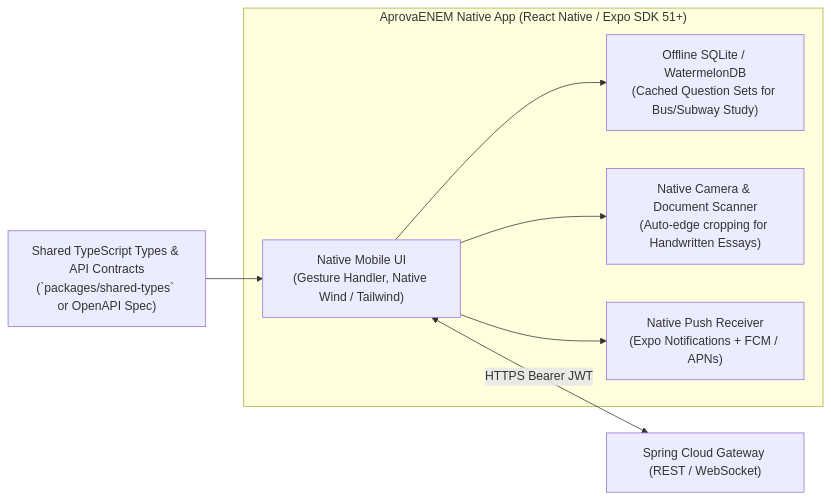
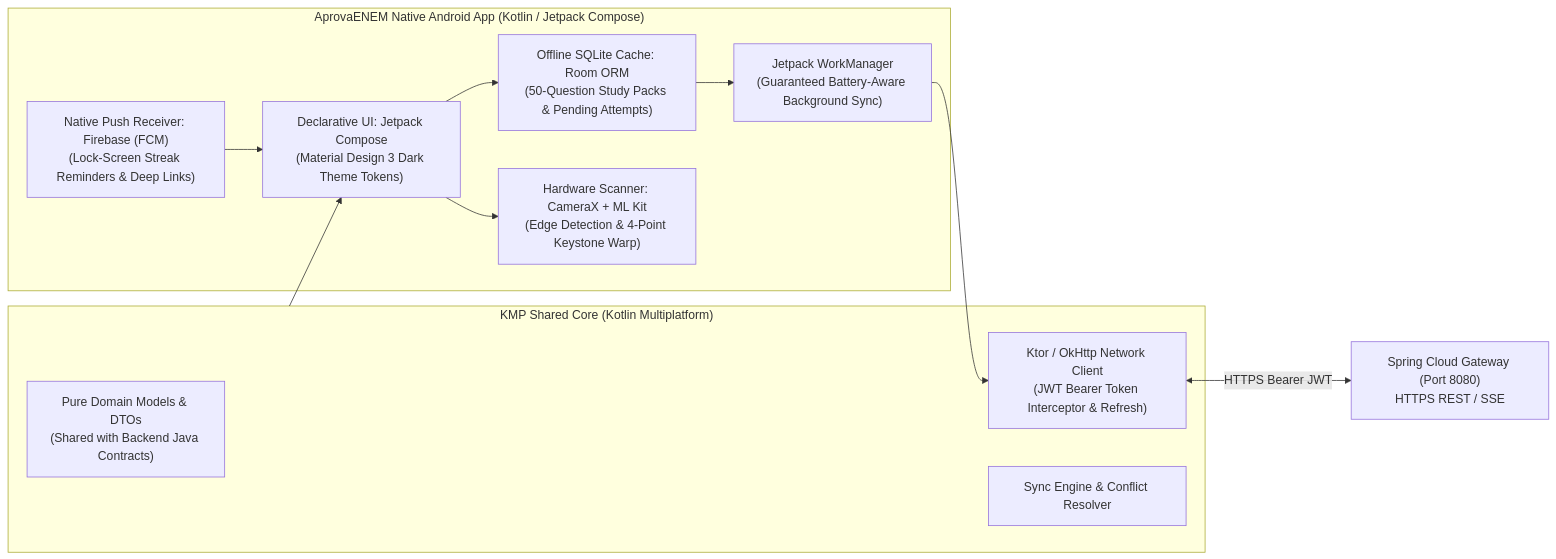
One commit to Veras-D/AprovaENEM changed diagram 11 of 13 in docs/sprint-1/03-system-architecture.md. Above: the diagram before and after it, drawn with Mermaid. The commit also changed other lines of this file and 4 other files, not shown here.

Commit message:
docs(mobile): pivot mobile roadmap from React Native to Native Android Kotlin Jetpack Compose and KMP

````diff
--- a/docs/sprint-1/03-system-architecture.md
+++ b/docs/sprint-1/03-system-architecture.md
@@ -547,19 +547,26 @@
 ```mermaid
 flowchart LR
-    SharedDomain["Shared TypeScript Types & API Contracts<br/>(`packages/shared-types` or OpenAPI Spec)"]
+    subgraph SharedCore ["KMP Shared Core (Kotlin Multiplatform)"]
+        DomainModels["Pure Domain Models & DTOs<br/>(Shared with Backend Java Contracts)"]
+        NetworkClient["Ktor / OkHttp Network Client<br/>(JWT Bearer Token Interceptor & Refresh)"]
+        OfflineSync["Sync Engine & Conflict Resolver"]
+    end
     
-    subgraph MobileApp ["AprovaENEM Native App (React Native / Expo SDK 51+)"]
-        UI["Native Mobile UI<br/>(Gesture Handler, Native Wind / Tailwind)"]
-        OfflineStorage["Offline SQLite / WatermelonDB<br/>(Cached Question Sets for Bus/Subway Study)"]
-        NativeCamera["Native Camera & Document Scanner<br/>(Auto-edge cropping for Handwritten Essays)"]
-        NativePush["Native Push Receiver<br/>(Expo Notifications + FCM / APNs)"]
+    subgraph AndroidApp ["AprovaENEM Native Android App (Kotlin / Jetpack Compose)"]
+        ComposeUI["Declarative UI: Jetpack Compose<br/>(Material Design 3 Dark Theme Tokens)"]
+        RoomDB["Offline SQLite Cache: Room ORM<br/>(50-Question Study Packs & Pending Attempts)"]
+        WorkMgr["Jetpack WorkManager<br/>(Guaranteed Battery-Aware Background Sync)"]
+        CameraX["Hardware Scanner: CameraX + ML Kit<br/>(Edge Detection & 4-Point Keystone Warp)"]
+        FCM["Native Push Receiver: Firebase (FCM)<br/>(Lock-Screen Streak Reminders & Deep Links)"]
     end
 
-    BackendGateway["Spring Cloud Gateway (REST / WebSocket)"]
+    BackendGateway["Spring Cloud Gateway (Port 8080)<br/>HTTPS REST / SSE"]
 
-    SharedDomain --> UI
-    UI --> OfflineStorage
-    UI --> NativeCamera
-    UI --> NativePush
-    UI <-->|HTTPS Bearer JWT| BackendGateway
+    SharedCore --> ComposeUI
+    ComposeUI --> RoomDB
+    ComposeUI --> CameraX
+    FCM --> ComposeUI
+    RoomDB --> WorkMgr
+    WorkMgr --> NetworkClient
+    NetworkClient <-->|HTTPS Bearer JWT| BackendGateway
 ```
````
